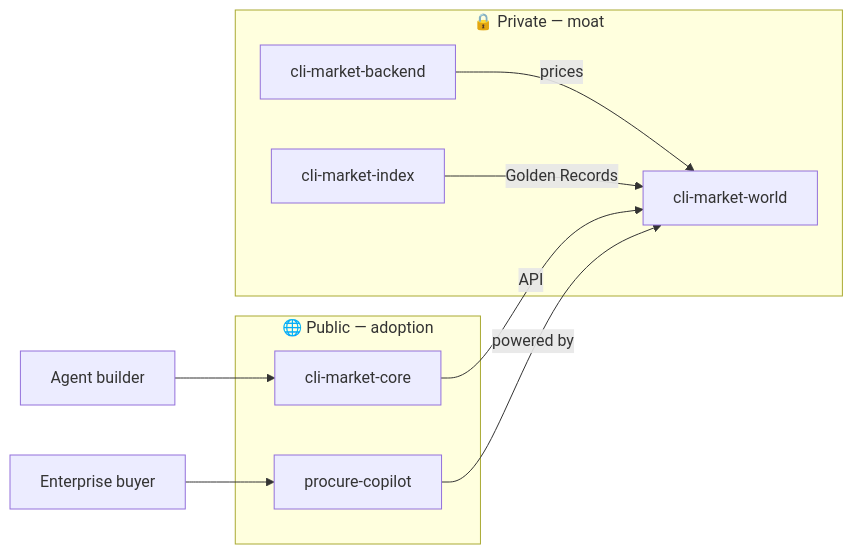
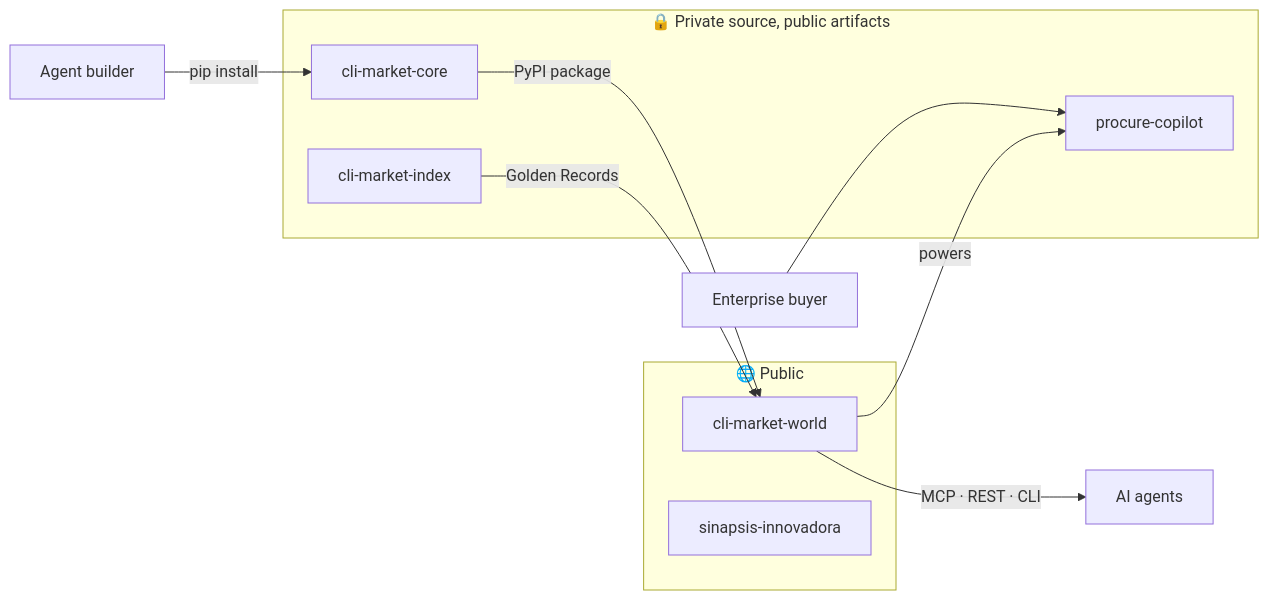
Before and after one commit to Treevu-ai/Treevu-ai: the diagram in README.md, drawn with Mermaid. The commit also changed other lines of this file and 2 other files, not shown here.

````diff
--- a/README.md
+++ b/README.md
@@ -62,18 +66,18 @@
 ```mermaid
 flowchart LR
-  subgraph public["🌐 Public — adoption"]
+  subgraph public["🌐 Public"]
+    WORLD[cli-market-world]
+    SIN[sinapsis-innovadora]
+  end
+  subgraph private["🔒 Private source, public artifacts"]
     CORE[cli-market-core]
+    IDX[cli-market-index]
     PROC[procure-copilot]
   end
-  subgraph private["🔒 Private — moat"]
-    WORLD[cli-market-world]
-    BACK[cli-market-backend]
-    IDX[cli-market-index]
-  end
-  CORE -->|API| WORLD
-  BACK -->|prices| WORLD
+  CORE -->|"PyPI package"| WORLD
   IDX -->|Golden Records| WORLD
-  PROC -->|powered by| WORLD
-  DEV[Agent builder] --> CORE
+  WORLD -->|"powers"| PROC
+  DEV[Agent builder] -->|"pip install"| CORE
   B2B[Enterprise buyer] --> PROC
+  WORLD -->|MCP · REST · CLI| AGENTS[AI agents]
 ```
````
